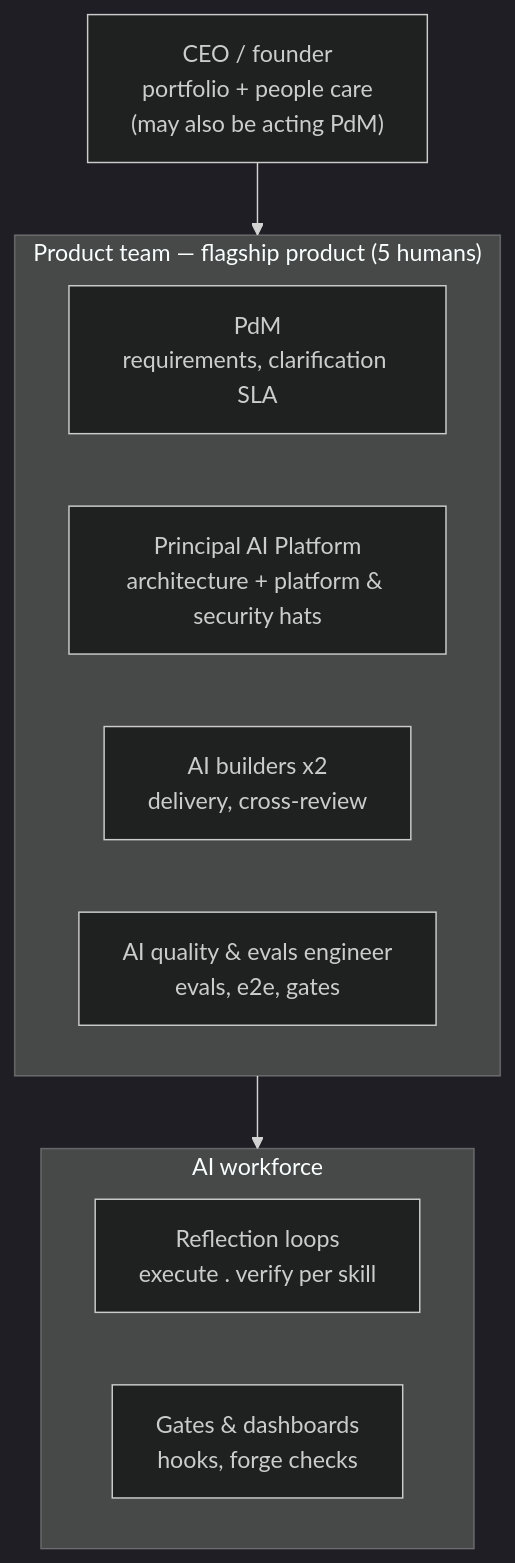
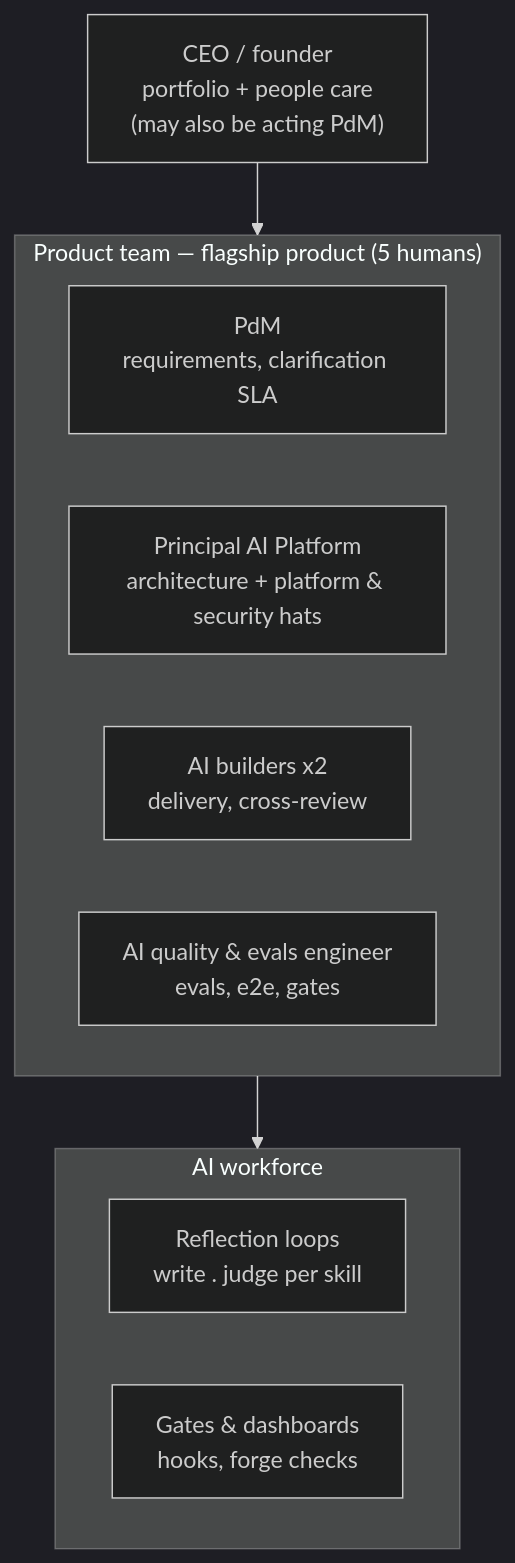
The first of 2 diagrams in docs/product/operating-model.md (globalmindsolution/gms-marketplace), drawn with Mermaid (dark theme) before and after one commit. The commit also changed other lines of this file and 255 other files, not shown here.

First line of the commit message:
Per-skill subagents, and no per-skill acs.yaml

````diff
--- a/docs/product/operating-model.md
+++ b/docs/product/operating-model.md
@@ -50,16 +50,16 @@
 ```mermaid
 flowchart TB
     CEO["CEO / founder<br/>portfolio + people care<br/>(may also be acting PdM)"]
     subgraph PT["Product team — flagship product (5 humans)"]
         PDM["PdM<br/>requirements, clarification SLA"]
         PRC["Principal AI Platform<br/>architecture + platform & security hats"]
         B["AI builders x2<br/>delivery, cross-review"]
         QE["AI quality & evals engineer<br/>evals, e2e, gates"]
     end
     subgraph AIW["AI workforce"]
-        TRI["Reflection loops<br/>execute . verify per skill"]
+        TRI["Reflection loops<br/>write . judge per skill"]
         GAT["Gates & dashboards<br/>hooks, forge checks"]
     end
     CEO --> PT
     PT --> AIW
 ```
````
